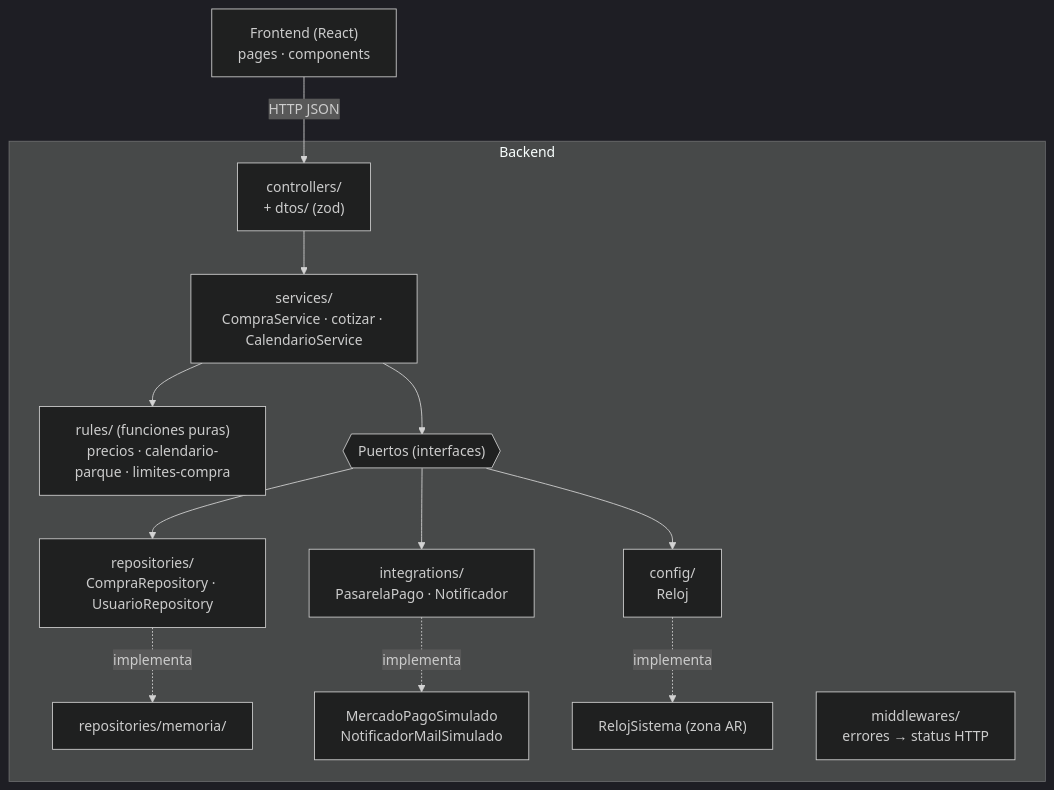
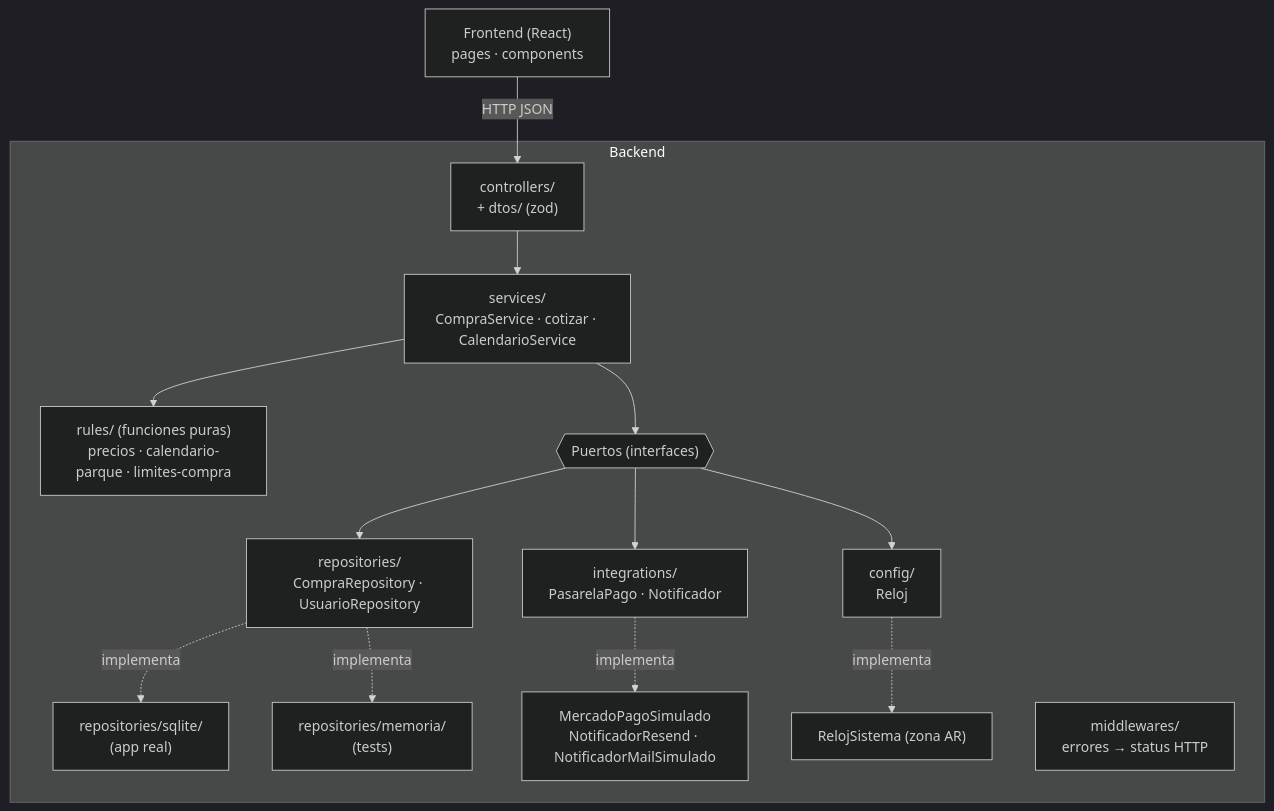
One commit to santinomendez48/TP6_ISW_TDD changed the diagram in docs/TP-Grupal_6_Test_Driven_Development_TDD_G3.md. Above: the diagram before and after it, drawn with Mermaid (dark theme). The commit also changed other lines of this file and 22 other files, not shown here.

Commit message:
feat: persistencia SQLite, mail con Resend y pago con tarjeta simulado

````diff
--- a/docs/TP-Grupal_6_Test_Driven_Development_TDD_G3.md
+++ b/docs/TP-Grupal_6_Test_Driven_Development_TDD_G3.md
@@ -70,17 +72,18 @@
 ```mermaid
 flowchart TD
     UI["Frontend (React)<br/>pages · components"] -->|HTTP JSON| C
 
     subgraph Backend
         C["controllers/<br/>+ dtos/ (zod)"] --> S["services/<br/>CompraService · cotizar · CalendarioService"]
         S --> R["rules/ (funciones puras)<br/>precios · calendario-parque · limites-compra"]
         S --> P{{"Puertos (interfaces)"}}
         P --> REPO["repositories/<br/>CompraRepository · UsuarioRepository"]
         P --> INT["integrations/<br/>PasarelaPago · Notificador"]
         P --> RELOJ["config/<br/>Reloj"]
-        REPO -.implementa.-> MEM["repositories/memoria/"]
-        INT -.implementa.-> SIM["MercadoPagoSimulado<br/>NotificadorMailSimulado"]
+        REPO -.implementa.-> SQL["repositories/sqlite/<br/>(app real)"]
+        REPO -.implementa.-> MEM["repositories/memoria/<br/>(tests)"]
+        INT -.implementa.-> SIM["MercadoPagoSimulado<br/>NotificadorResend · NotificadorMailSimulado"]
         RELOJ -.implementa.-> RS["RelojSistema (zona AR)"]
         MW["middlewares/<br/>errores → status HTTP"]
     end
 ```
````
